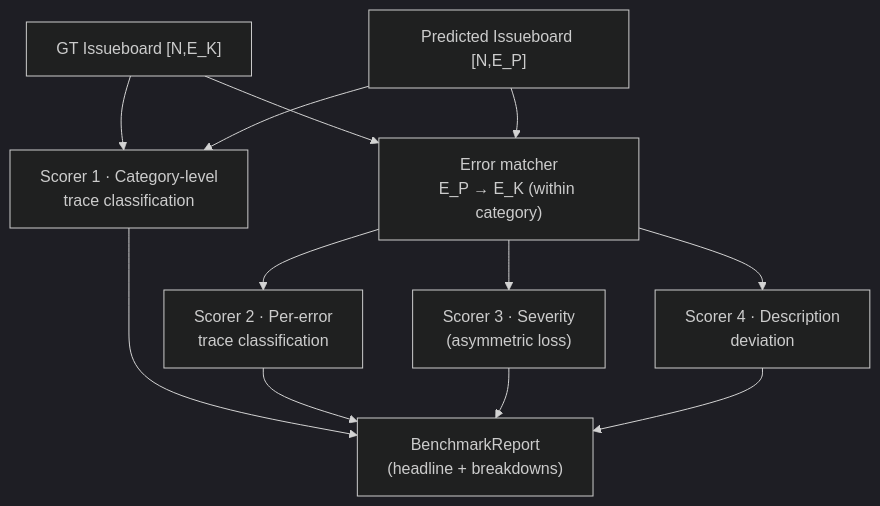
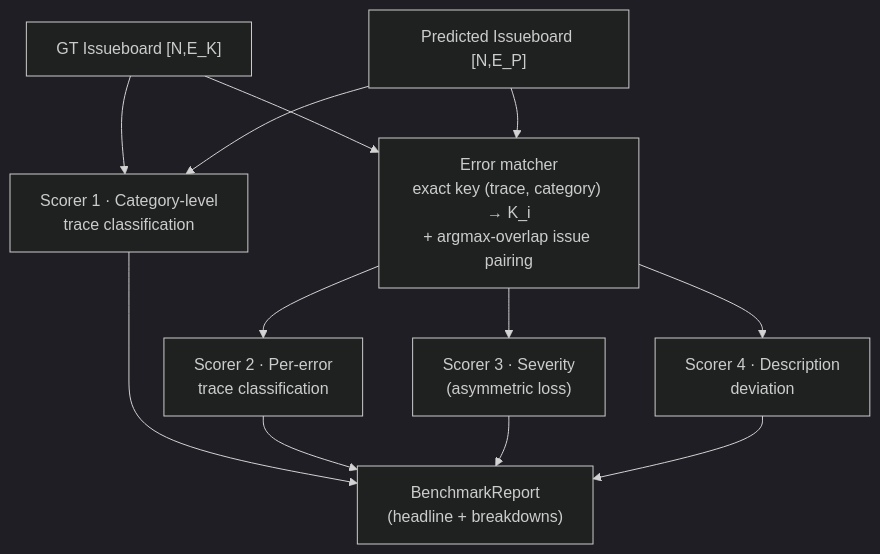
One commit to Vidhate/engine-benchmarking-system changed the first of 4 diagrams in docs/architecture/06-scoring.md. Above: the diagram before and after it, drawn with Mermaid (dark theme). The commit also changed other lines of this file and 2 other files, not shown here.

````diff
--- a/docs/architecture/06-scoring.md
+++ b/docs/architecture/06-scoring.md
@@ -15,15 +15,15 @@
 ```mermaid
 flowchart TB
     GT["GT Issueboard [N,E_K]"] --> SC1
     PR["Predicted Issueboard [N,E_P]"] --> SC1
     SC1["Scorer 1 · Category-level<br/>trace classification"] --> R
-    GT --> MATCH["Error matcher<br/>E_P → E_K (within category)"]
+    GT --> MATCH["Error matcher<br/>exact key (trace, category) → K_i<br/>+ argmax-overlap issue pairing"]
     PR --> MATCH
     MATCH --> SC2["Scorer 2 · Per-error<br/>trace classification"]
     MATCH --> SC3["Scorer 3 · Severity<br/>(asymmetric loss)"]
     MATCH --> SC4["Scorer 4 · Description<br/>deviation"]
     SC2 --> R
     SC3 --> R
     SC4 --> R
     R["BenchmarkReport<br/>(headline + breakdowns)"]
 ```
````
